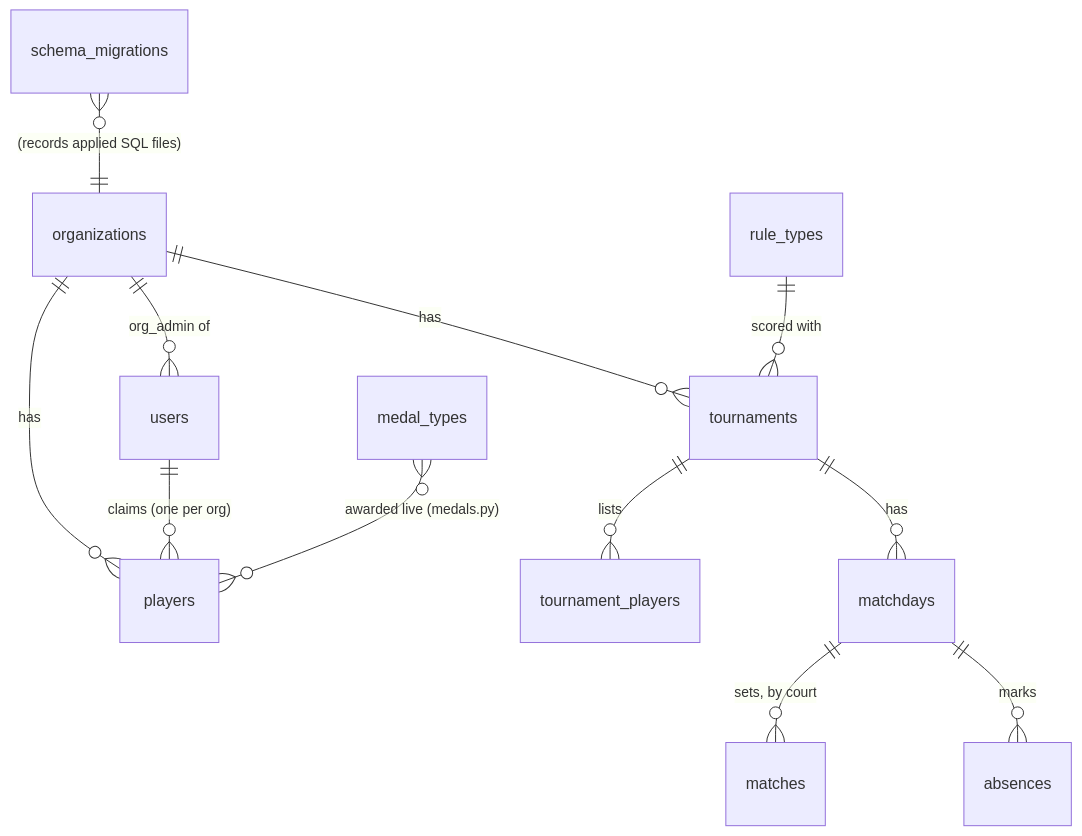
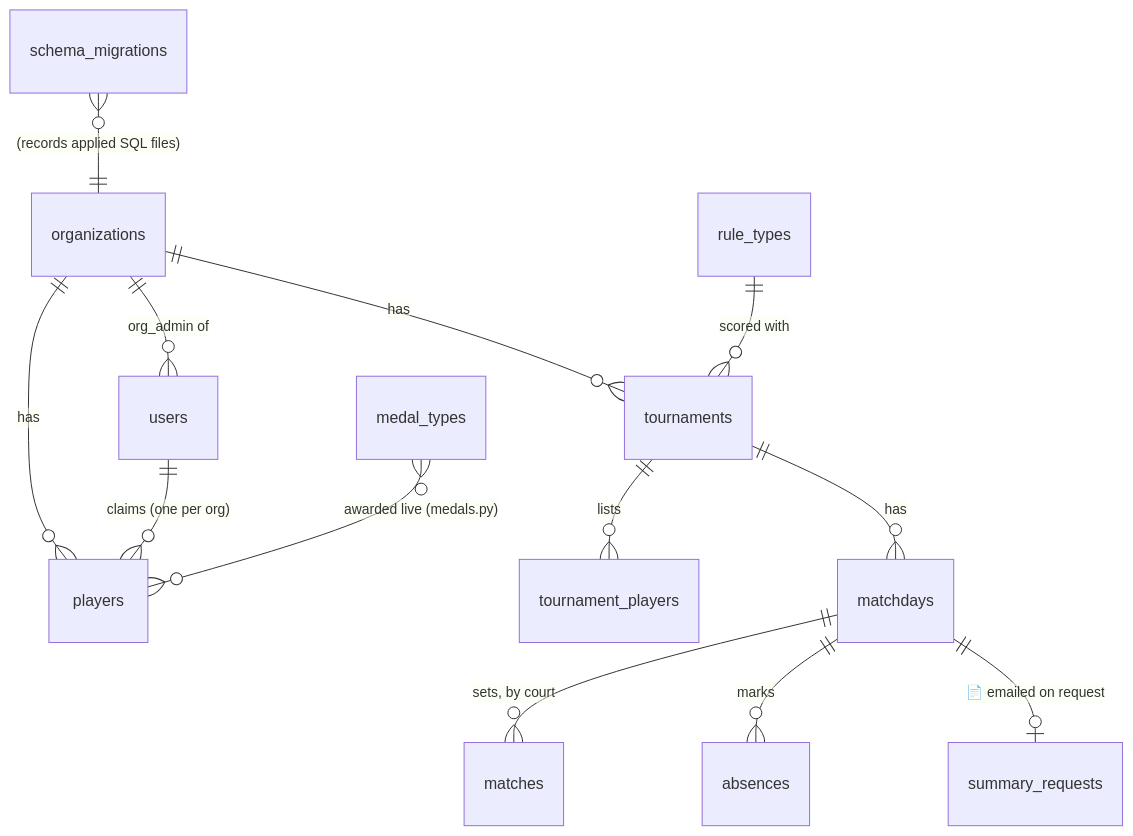
One commit to Sorrycion/PadelScore changed the fifth of 5 diagrams in docs/processes/ARCHITECTURE.md. Above: the diagram before and after it, drawn with Mermaid. The commit also changed other lines of this file and 52 other files, not shown here.

````diff
--- a/docs/processes/ARCHITECTURE.md
+++ b/docs/processes/ARCHITECTURE.md
@@ -122,14 +124,15 @@
 ```mermaid
 erDiagram
     organizations ||--o{ players : has
     organizations ||--o{ tournaments : has
     organizations ||--o{ users : "org_admin of"
     users ||--o{ players : "claims (one per org)"
     rule_types ||--o{ tournaments : "scored with"
     tournaments ||--o{ tournament_players : lists
     tournaments ||--o{ matchdays : has
     matchdays ||--o{ matches : "sets, by court"
     matchdays ||--o{ absences : marks
     medal_types }o--o{ players : "awarded live (medals.py)"
+    matchdays ||--o| summary_requests : "📄 emailed on request"
     schema_migrations }o--|| organizations : "(records applied SQL files)"
 ```
````
